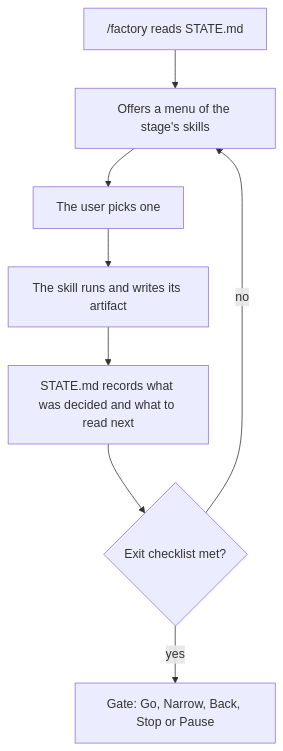
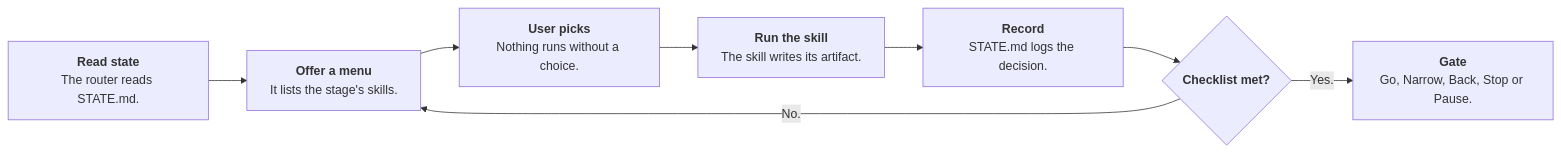
The second of 3 diagrams in README.md (BishopSlice/pm-factory), drawn with Mermaid before and after one commit. The commit also changed other lines of this file, not shown here.

Commit message:
README: horizontal diagrams with titled steps

````diff
--- a/README.md
+++ b/README.md
@@ -20,10 +26,16 @@
 ```mermaid
-flowchart TD
-  R["/factory reads STATE.md"] --> M["Offers a menu of the stage's skills"]
-  M --> P["The user picks one"]
-  P --> K["The skill runs and writes its artifact"]
-  K --> U["STATE.md records what was decided and what to read next"]
-  U --> C{"Exit checklist met?"}
-  C -->|"no"| M
-  C -->|"yes"| Q["Gate: Go, Narrow, Back, Stop or Pause"]
+flowchart LR
+  R["`**Read state**
+  The router reads STATE.md.`"] --> M["`**Offer a menu**
+  It lists the stage's skills.`"]
+  M --> P["`**User picks**
+  Nothing runs without a choice.`"]
+  P --> K["`**Run the skill**
+  The skill writes its artifact.`"]
+  K --> U["`**Record**
+  STATE.md logs the decision.`"]
+  U --> C{"`**Checklist met?**`"}
+  C -->|"No."| M
+  C -->|"Yes."| Q["`**Gate**
+  Go, Narrow, Back, Stop or Pause.`"]
 ```
````
